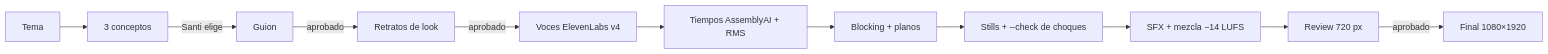
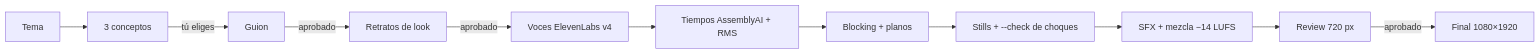
One commit to santmun/sketch-plastilina changed the diagram in README.md. Above: the diagram before and after it, drawn with Mermaid. The commit also changed other lines of this file and 29 other files, not shown here.

````diff
--- a/README.md
+++ b/README.md
@@ -94,13 +94,13 @@
 ```mermaid
 flowchart LR
   A[Tema] --> B[3 conceptos]
-  B -->|Santi elige| C[Guion]
+  B -->|tú eliges| C[Guion]
   C -->|aprobado| D[Retratos de look]
   D -->|aprobado| E[Voces ElevenLabs v4]
   E --> F[Tiempos AssemblyAI + RMS]
   F --> G[Blocking + planos]
   G --> H[Stills + --check de choques]
   H --> I[SFX + mezcla −14 LUFS]
   I --> J[Review 720 px]
   J -->|aprobado| K[Final 1080×1920]
 ```
````
